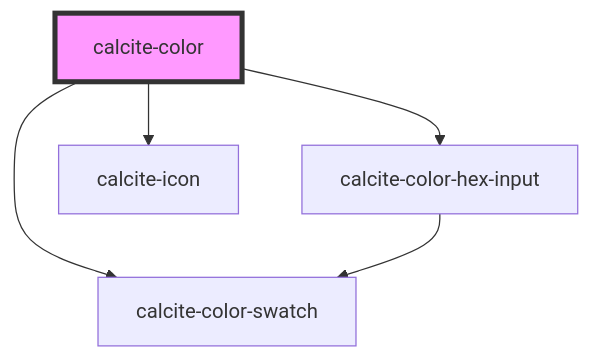
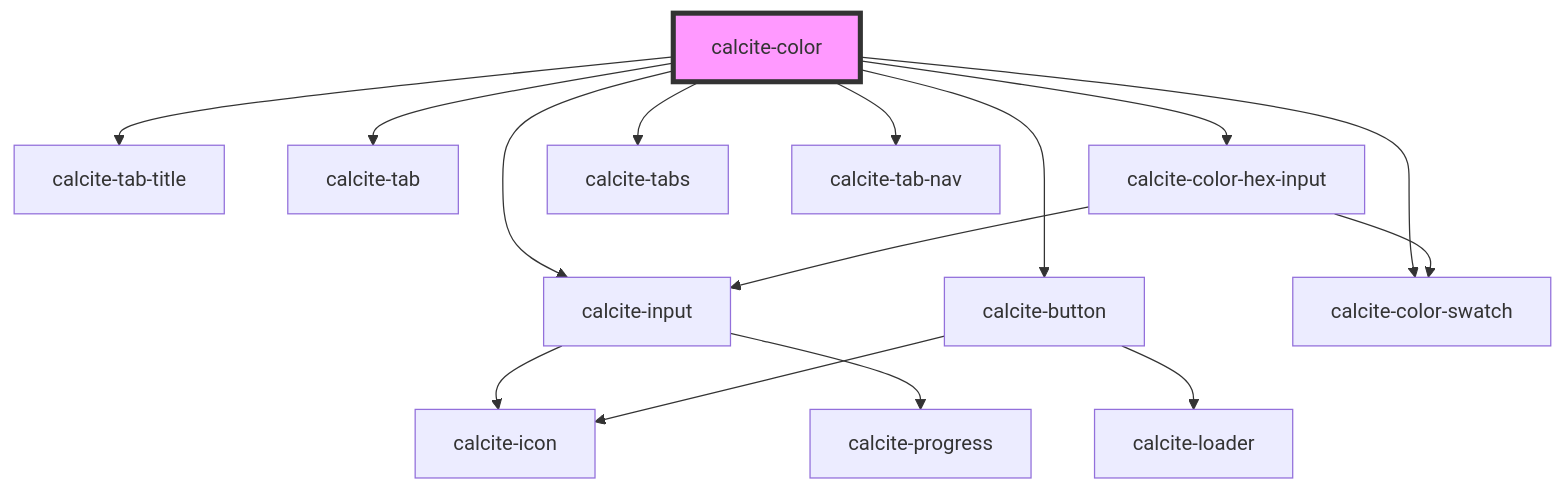
One commit to Esri/calcite-design-system changed the diagram in src/components/calcite-color/readme.md. Above: the diagram before and after it, drawn with Mermaid. The commit also changed other lines of this file and 1 other file, not shown here.

````diff
--- a/src/components/calcite-color/readme.md
+++ b/src/components/calcite-color/readme.md
@@ -58,8 +63,18 @@
 ```mermaid
 graph TD;
+  calcite-color --> calcite-tab-title
+  calcite-color --> calcite-tab
+  calcite-color --> calcite-input
   calcite-color --> calcite-color-hex-input
-  calcite-color --> calcite-icon
+  calcite-color --> calcite-tabs
+  calcite-color --> calcite-tab-nav
+  calcite-color --> calcite-button
   calcite-color --> calcite-color-swatch
+  calcite-input --> calcite-icon
+  calcite-input --> calcite-progress
+  calcite-color-hex-input --> calcite-input
   calcite-color-hex-input --> calcite-color-swatch
+  calcite-button --> calcite-loader
+  calcite-button --> calcite-icon
   style calcite-color fill:#f9f,stroke:#333,stroke-width:4px
 ```
````
